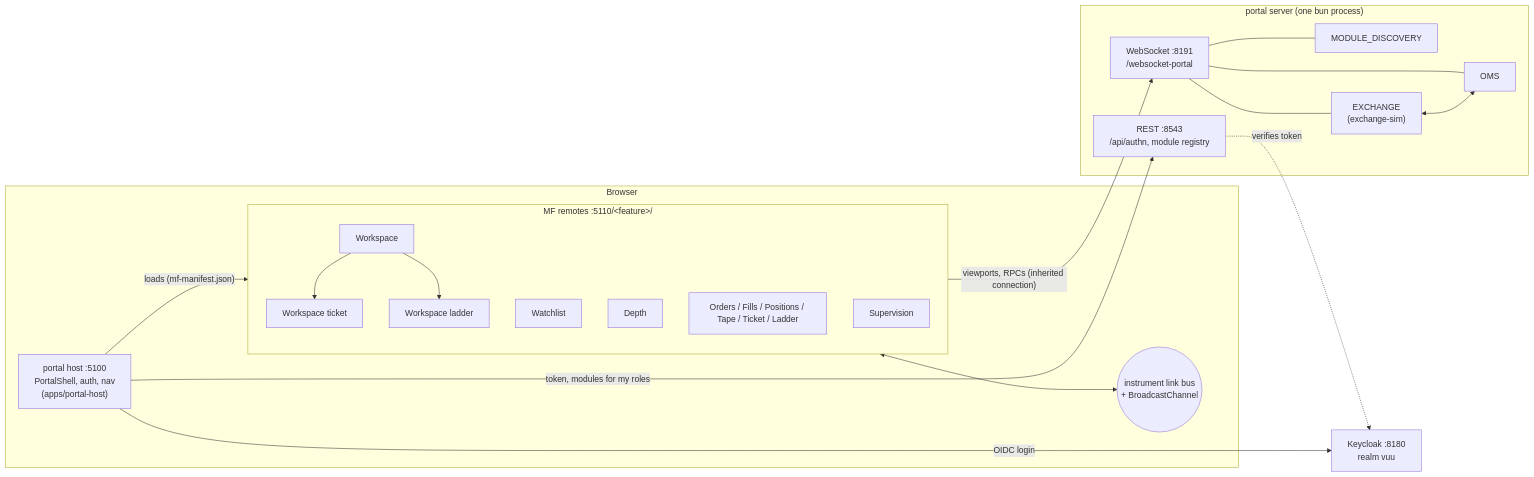
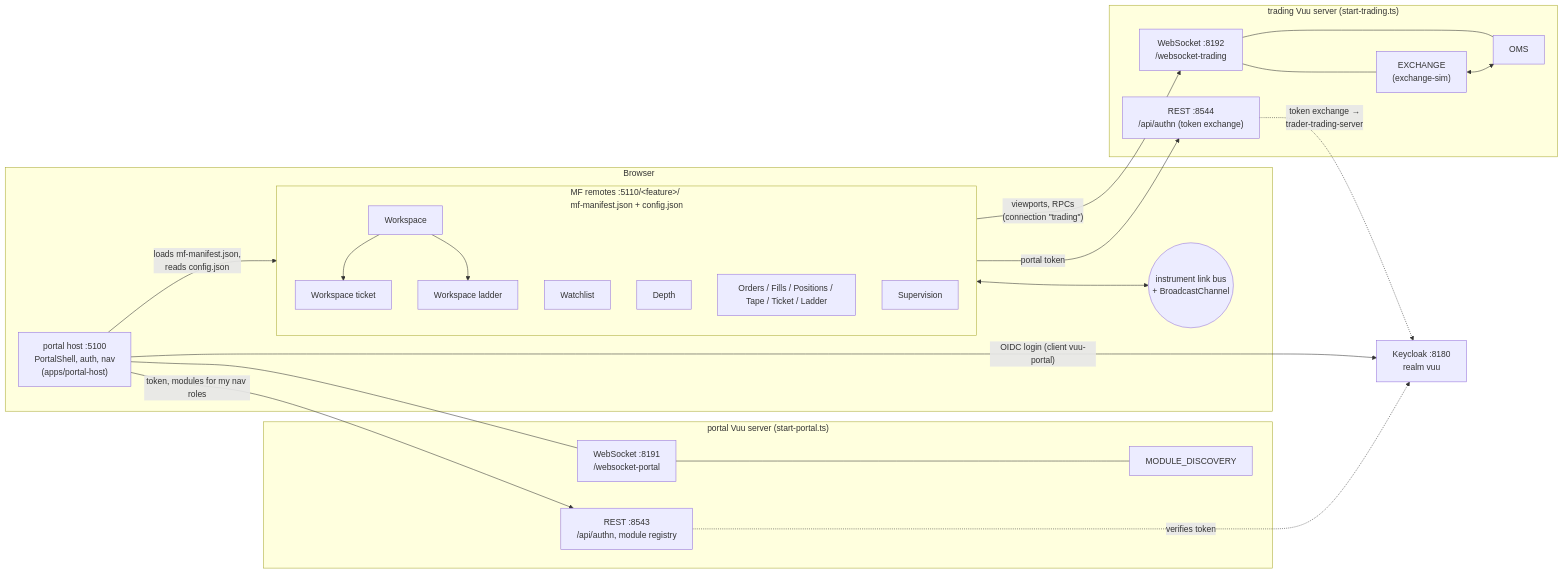
One commit to heswell/trader changed the diagram in docs/portal-integration.md. Above: the diagram before and after it, drawn with Mermaid. The commit also changed other lines of this file and 35 other files, not shown here.

First line of the commit message:
Run trading modules on a standalone Vuu server via alpha.21 config.json

````diff
--- a/docs/portal-integration.md
+++ b/docs/portal-integration.md
@@ -15,31 +15,39 @@
 ```mermaid
 flowchart LR
   subgraph Browser
     Host["portal host :5100<br/>PortalShell, auth, nav<br/>(apps/portal-host)"]
-    subgraph Remotes["MF remotes :5110/&lt;feature&gt;/"]
+    subgraph Remotes["MF remotes :5110/&lt;feature&gt;/<br/>mf-manifest.json + config.json"]
       WS[Workspace] --> WT[Workspace ticket]
       WS --> WL[Workspace ladder]
       W[Watchlist]
       D[Depth]
       O[Orders / Fills / Positions / Tape / Ticket / Ladder]
       SV[Supervision]
     end
-    Host -- "loads (mf-manifest.json)" --> Remotes
+    Host -- "loads mf-manifest.json,<br/>reads config.json" --> Remotes
     Bus(("instrument link bus<br/>+ BroadcastChannel"))
     Remotes <--> Bus
   end
   KC["Keycloak :8180<br/>realm vuu"]
-  subgraph Portal["portal server (one bun process)"]
+  subgraph Portal["portal Vuu server (start-portal.ts)"]
     REST["REST :8543<br/>/api/authn, module registry"]
     WSS["WebSocket :8191<br/>/websocket-portal"]
     MD[MODULE_DISCOVERY]
+  end
+  subgraph Trading["trading Vuu server (start-trading.ts)"]
+    TREST["REST :8544<br/>/api/authn (token exchange)"]
+    TWSS["WebSocket :8192<br/>/websocket-trading"]
     EX["EXCHANGE<br/>(exchange-sim)"]
     OMS[OMS]
   end
-  Host -- "OIDC login" --> KC
-  Host -- "token, modules for my roles" --> REST
-  Remotes -- "viewports, RPCs (inherited connection)" --> WSS
+  Host -- "OIDC login (client vuu-portal)" --> KC
+  Host -- "token, modules for my nav roles" --> REST
+  Host --- WSS
+  WSS --- MD
+  Remotes -- "portal token" --> TREST
+  TREST -. "token exchange →<br/>trader-trading-server" .-> KC
+  Remotes -- "viewports, RPCs<br/>(connection &quot;trading&quot;)" --> TWSS
   REST -. "verifies token" .-> KC
-  WSS --- MD & EX & OMS
+  TWSS --- EX & OMS
   EX <--> OMS
 ```
````
